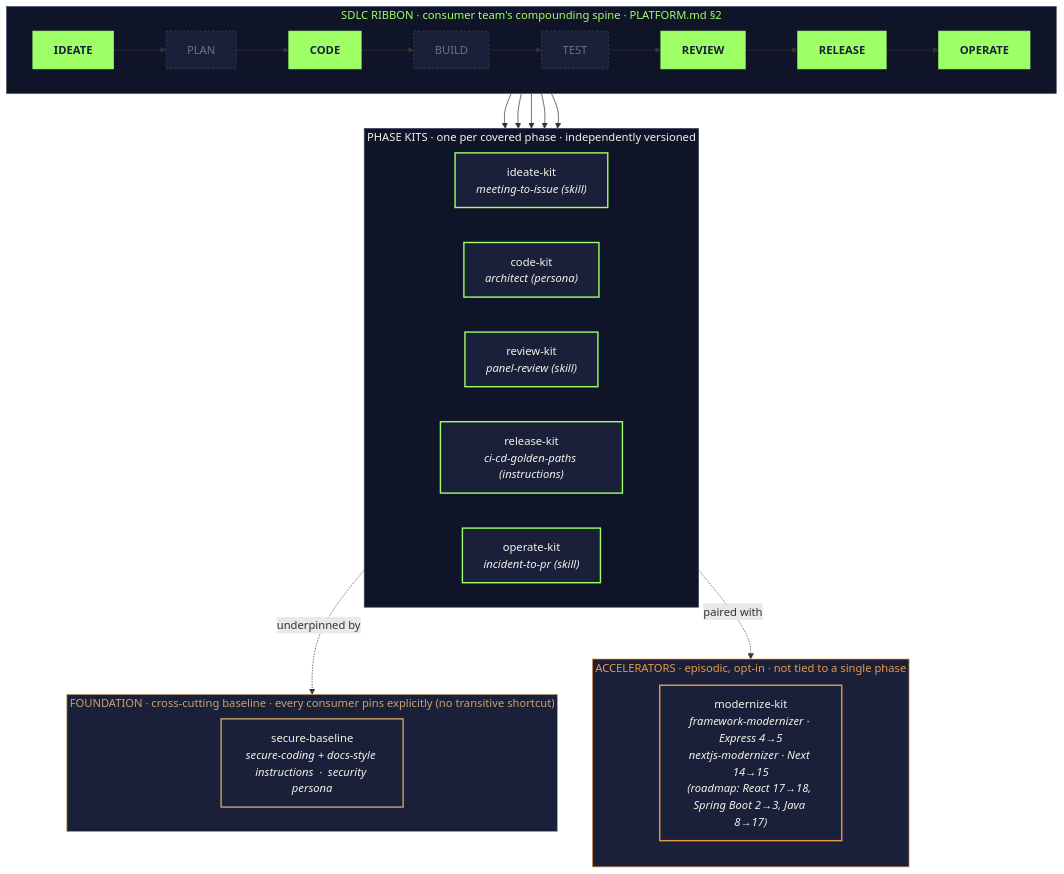
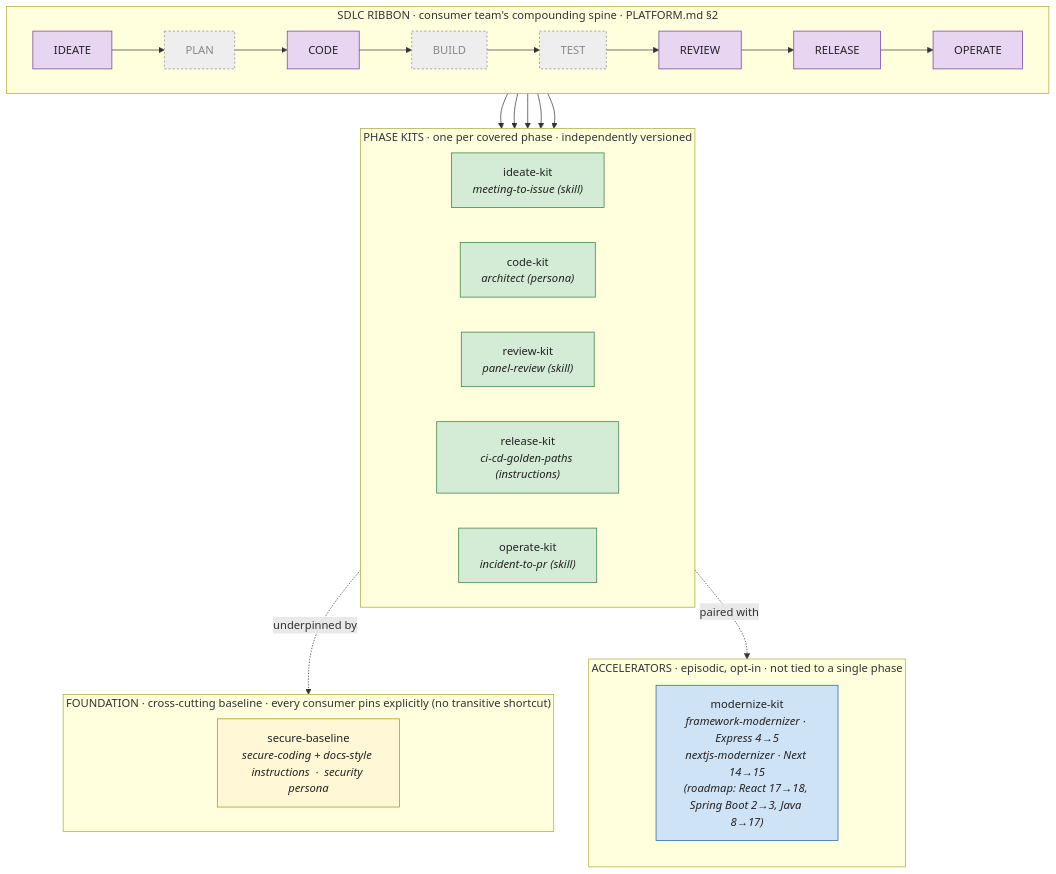
One commit to DevExpGbb/zava-agent-config changed the diagram in README.md. Above: the diagram before and after it, drawn with Mermaid. The commit also changed other lines of this file, not shown here.

Commit message:
style(README): restyle marketplace diagram to PLATFORM.md aesthetic (#6)
Match the agentic-sdlc-ref/PLATFORM.md visual language across the joint
demo platform: light pastel fills + dark strokes, color:#222 text, no
subgraph background overrides.

Color mapping (semantic, matching PLATFORM.md class roles):
  - phase  (#e8d5f2 / #6a3d9a)  -- SDLC phases with a kit shipping today
  - gap    (#eee    / #888    )  -- dashed roadmap phases
  - kit    (#d4ecd5 / #2d7a3a)  -- phase kits (gh-side delivery)
  - baseline (#fff7d6 / #b58900) -- foundation note (must-pin floor)
  - accelerator (#cfe3f7 / #1f5f9e) -- episodic, distinct from phase kits

Structure unchanged: same RIBBON / KITS / FOUNDATION / ACCELERATORS
bands, same edges, same content. Only the palette and subgraph defaults
moved to match PLATFORM.md.

````diff
--- a/README.md
+++ b/README.md
@@ -11,52 +11,47 @@
 ```mermaid
 flowchart TB
     subgraph RIBBON["SDLC RIBBON  ·  consumer team's compounding spine  ·  PLATFORM.md §2"]
         direction LR
         P1[IDEATE] --> P2[PLAN] --> P3[CODE] --> P4[BUILD] --> P5[TEST] --> P6[REVIEW] --> P7[RELEASE] --> P8[OPERATE]
     end
 
     subgraph KITS["PHASE KITS  ·  one per covered phase  ·  independently versioned"]
         direction LR
         K1["ideate-kit<br/><i>meeting-to-issue (skill)</i>"]
         K3["code-kit<br/><i>architect (persona)</i>"]
         K6["review-kit<br/><i>panel-review (skill)</i>"]
         K7["release-kit<br/><i>ci-cd-golden-paths (instructions)</i>"]
         K8["operate-kit<br/><i>incident-to-pr (skill)</i>"]
     end
 
     subgraph FOUND["FOUNDATION  ·  cross-cutting baseline  ·  every consumer pins explicitly (no transitive shortcut)"]
         direction LR
         BASE["secure-baseline<br/><i>secure-coding + docs-style instructions  ·  security persona</i>"]
     end
 
     subgraph ACCEL["ACCELERATORS  ·  episodic, opt-in  ·  not tied to a single phase"]
         direction TB
         ACC1["modernize-kit<br/><i>framework-modernizer · Express 4→5</i><br/><i>nextjs-modernizer · Next 14→15</i><br/><i>(roadmap: React 17→18, Spring Boot 2→3, Java 8→17)</i>"]
     end
 
     P1 --> K1
     P3 --> K3
     P6 --> K6
     P7 --> K7
     P8 --> K8
 
     KITS -. underpinned by .-> FOUND
     KITS -. paired with .-> ACCEL
 
-    classDef phase fill:#9eff66,stroke:#9eff66,color:#1a1f3a,font-weight:bold
-    classDef gap fill:#1a1f3a,stroke:#3d4560,color:#6a7290,stroke-dasharray:3 3
-    classDef kit fill:#1a1f3a,stroke:#9eff66,stroke-width:2px,color:#f5f1e8
-    classDef baseline fill:#1a1f3a,stroke:#c9a36b,stroke-width:2px,color:#f5f1e8
-    classDef accelerator fill:#1a1f3a,stroke:#e89a4a,stroke-width:2px,color:#f5f1e8
+    classDef phase fill:#e8d5f2,stroke:#6a3d9a,color:#222
+    classDef gap fill:#eee,stroke:#888,color:#888,stroke-dasharray:3 3
+    classDef kit fill:#d4ecd5,stroke:#2d7a3a,color:#222
+    classDef baseline fill:#fff7d6,stroke:#b58900,color:#222
+    classDef accelerator fill:#cfe3f7,stroke:#1f5f9e,color:#222
 
     class P1,P3,P6,P7,P8 phase
     class P2,P4,P5 gap
     class K1,K3,K6,K7,K8 kit
     class BASE baseline
     class ACC1 accelerator
-
-    style RIBBON fill:#0f1428,stroke:#3d4560,color:#9eff66
-    style KITS fill:#0f1428,stroke:#3d4560,color:#f5f1e8
-    style FOUND fill:#1a1f3a,stroke:#c9a36b,color:#c9a36b
-    style ACCEL fill:#1a1f3a,stroke:#e89a4a,color:#e89a4a
 ```
````
